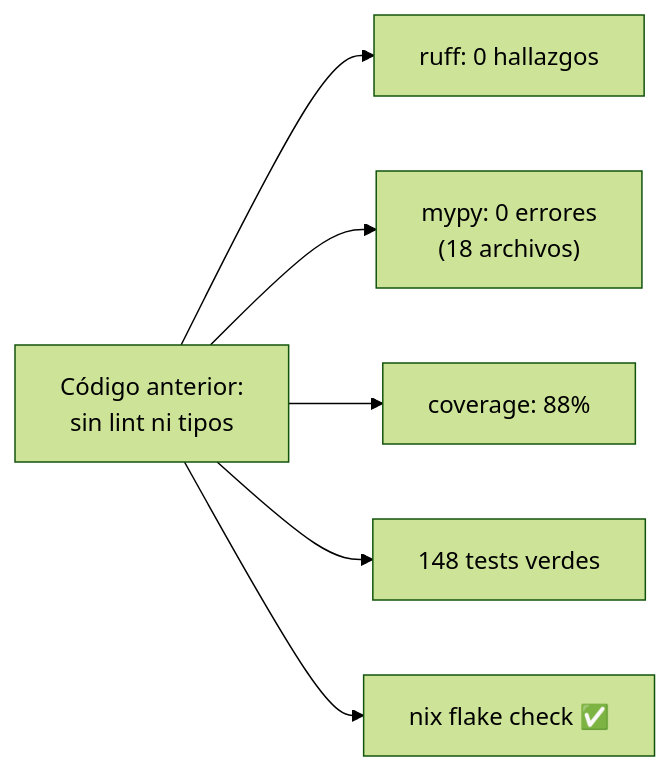
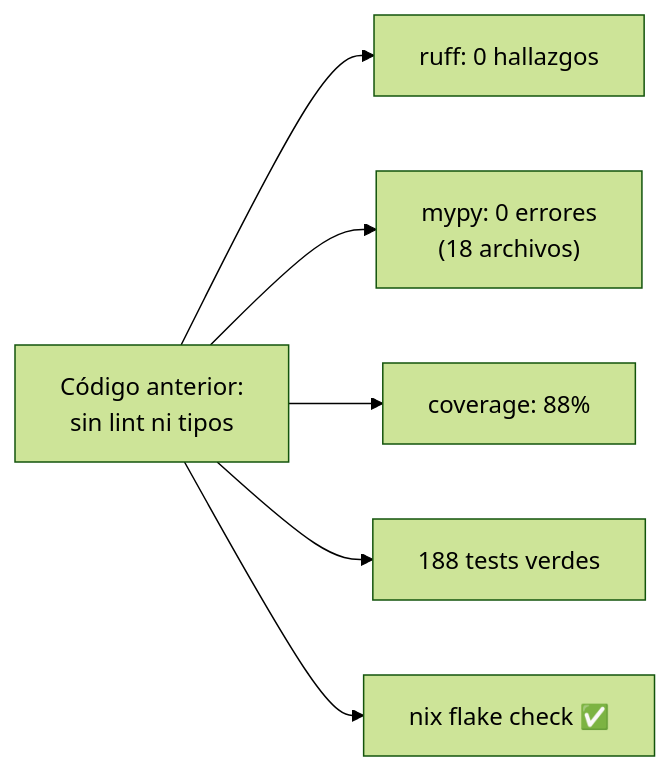
Before and after one commit to IvanSanchezSil/vistobueno: the second of 4 diagrams in docs/diseno/10_calidad_y_exportacion.md, drawn with Mermaid (forest theme). The commit also changed other lines of this file and 12 other files, not shown here.

````diff
--- a/docs/diseno/10_calidad_y_exportacion.md
+++ b/docs/diseno/10_calidad_y_exportacion.md
@@ -85,8 +85,8 @@
 ```mermaid
 flowchart LR
     A["Código anterior:<br/>sin lint ni tipos"] --> B["ruff: 0 hallazgos"]
     A --> C["mypy: 0 errores<br/>(18 archivos)"]
     A --> D["coverage: 88%"]
-    A --> E["148 tests verdes"]
+    A --> E["188 tests verdes"]
     A --> F["nix flake check ✅"]
 ```
````
